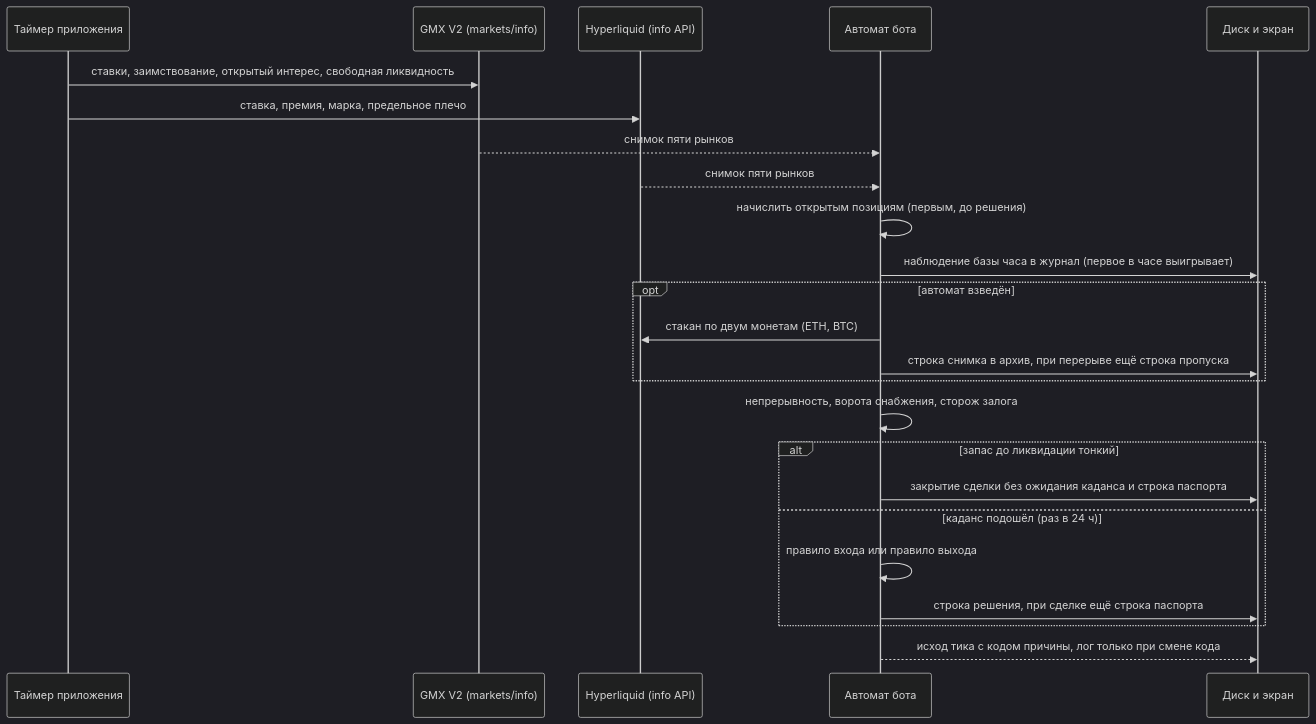
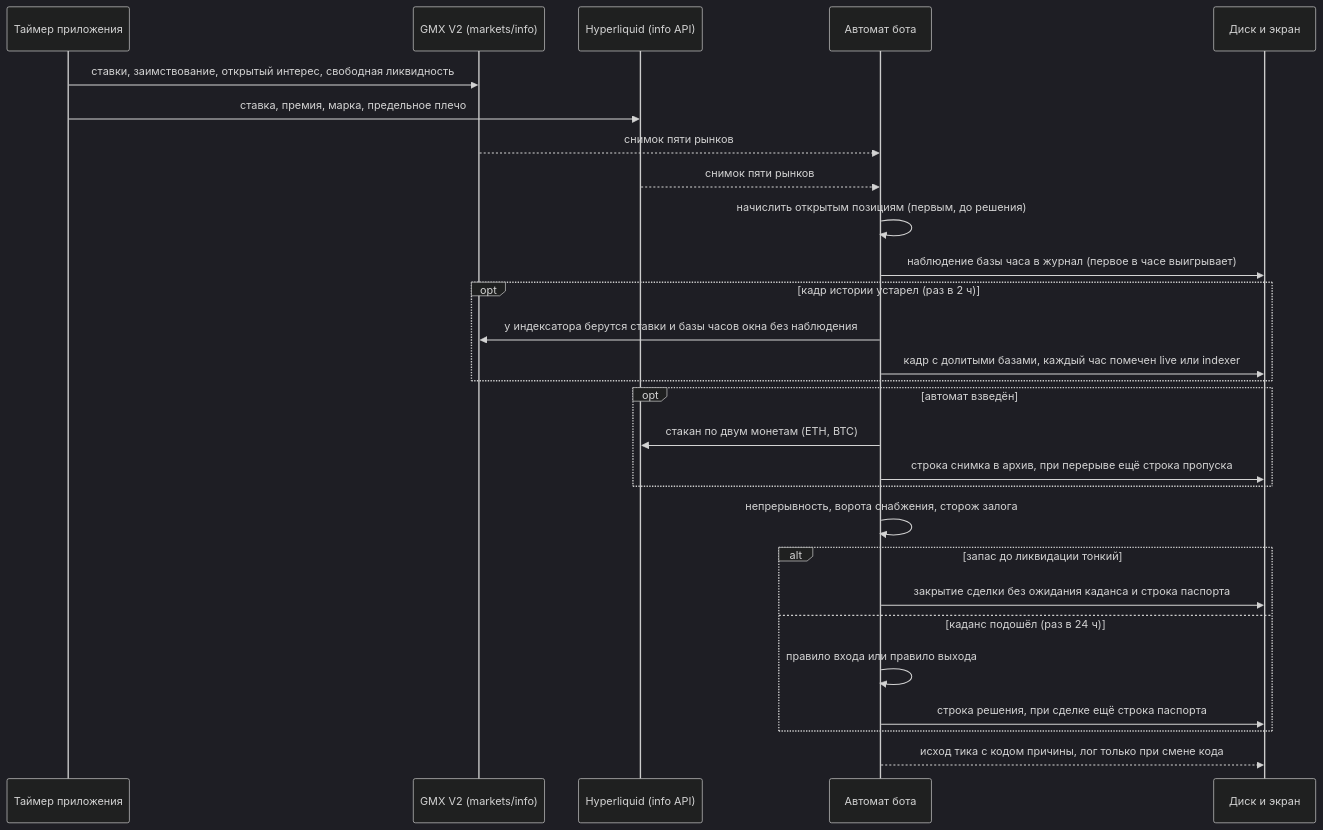
The second of 6 diagrams in botLab-desktop/docs/bot1-funding-arb-how-it-works.ru.md (hamiltonalex/botLab), drawn with Mermaid (dark theme) before and after one commit. The commit also changed other lines of this file and 19 other files, not shown here.

````diff
--- a/botLab-desktop/docs/bot1-funding-arb-how-it-works.ru.md
+++ b/botLab-desktop/docs/bot1-funding-arb-how-it-works.ru.md
@@ -93,26 +98,30 @@
 ```mermaid
 sequenceDiagram
     participant T as Таймер приложения
     participant G as GMX V2 (markets/info)
     participant H as Hyperliquid (info API)
     participant E as Автомат бота
     participant D as Диск и экран
     T->>G: ставки, заимствование, открытый интерес, свободная ликвидность
     T->>H: ставка, премия, марка, предельное плечо
     G-->>E: снимок пяти рынков
     H-->>E: снимок пяти рынков
     E->>E: начислить открытым позициям (первым, до решения)
     E->>D: наблюдение базы часа в журнал (первое в часе выигрывает)
+    opt кадр истории устарел (раз в 2 ч)
+        E->>G: у индексатора берутся ставки и базы часов окна без наблюдения
+        E->>D: кадр с долитыми базами, каждый час помечен live или indexer
+    end
     opt автомат взведён
         E->>H: стакан по двум монетам (ETH, BTC)
         E->>D: строка снимка в архив, при перерыве ещё строка пропуска
     end
     E->>E: непрерывность, ворота снабжения, сторож залога
     alt запас до ликвидации тонкий
         E->>D: закрытие сделки без ожидания каданса и строка паспорта
     else каданс подошёл (раз в 24 ч)
         E->>E: правило входа или правило выхода
         E->>D: строка решения, при сделке ещё строка паспорта
     end
     E-->>D: исход тика с кодом причины, лог только при смене кода
 ```
````
